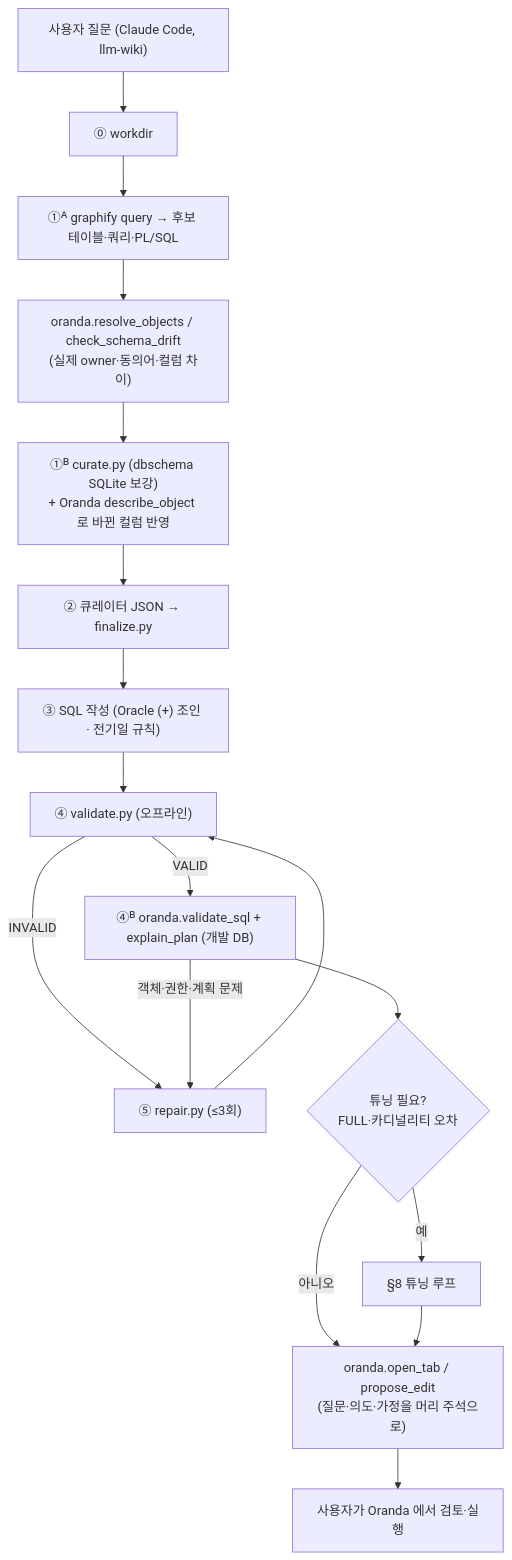
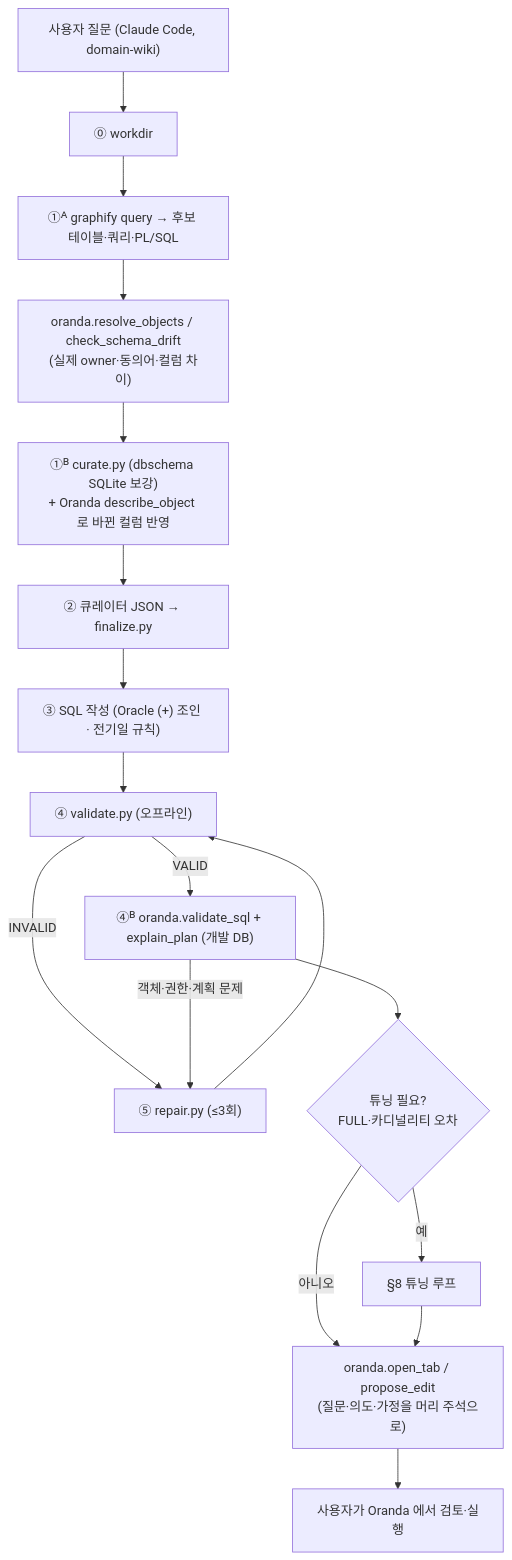
The fifth of 5 diagrams in docs/oranda1/research/llm-editor-integration-2026-10-24.md (jongik-sv/oranda), drawn with Mermaid before and after one commit. The commit also changed other lines of this file and 78 other files, not shown here.

````diff
--- a/docs/oranda1/research/llm-editor-integration-2026-10-24.md
+++ b/docs/oranda1/research/llm-editor-integration-2026-10-24.md
@@ -472,19 +472,19 @@
 ```mermaid
 flowchart TD
-  Q["사용자 질문 (Claude Code, llm-wiki)"] --> W0["⓪ workdir"]
+  Q["사용자 질문 (Claude Code, domain-wiki)"] --> W0["⓪ workdir"]
   W0 --> G1["①ᴬ graphify query → 후보 테이블·쿼리·PL/SQL"]
   G1 --> R1["oranda.resolve_objects / check_schema_drift<br/>(실제 owner·동의어·컬럼 차이)"]
   R1 --> C1["①ᴮ curate.py (dbschema SQLite 보강)<br/>+ Oranda describe_object 로 바뀐 컬럼 반영"]
   C1 --> F1["② 큐레이터 JSON → finalize.py"]
   F1 --> S1["③ SQL 작성 (Oracle (+) 조인 · 전기일 규칙)"]
   S1 --> V1["④ validate.py (오프라인)"]
   V1 -->|INVALID| RP["⑤ repair.py (≤3회)"]
   RP --> V1
   V1 -->|VALID| V2["④ᴮ oranda.validate_sql + explain_plan (개발 DB)"]
   V2 -->|객체·권한·계획 문제| RP
   V2 --> T1{"튜닝 필요?<br/>FULL·카디널리티 오차"}
   T1 -->|예| TL["§8 튜닝 루프"]
   T1 -->|아니오| P1["oranda.open_tab / propose_edit<br/>(질문·의도·가정을 머리 주석으로)"]
   TL --> P1
   P1 --> U["사용자가 Oranda 에서 검토·실행"]
 ```
````
